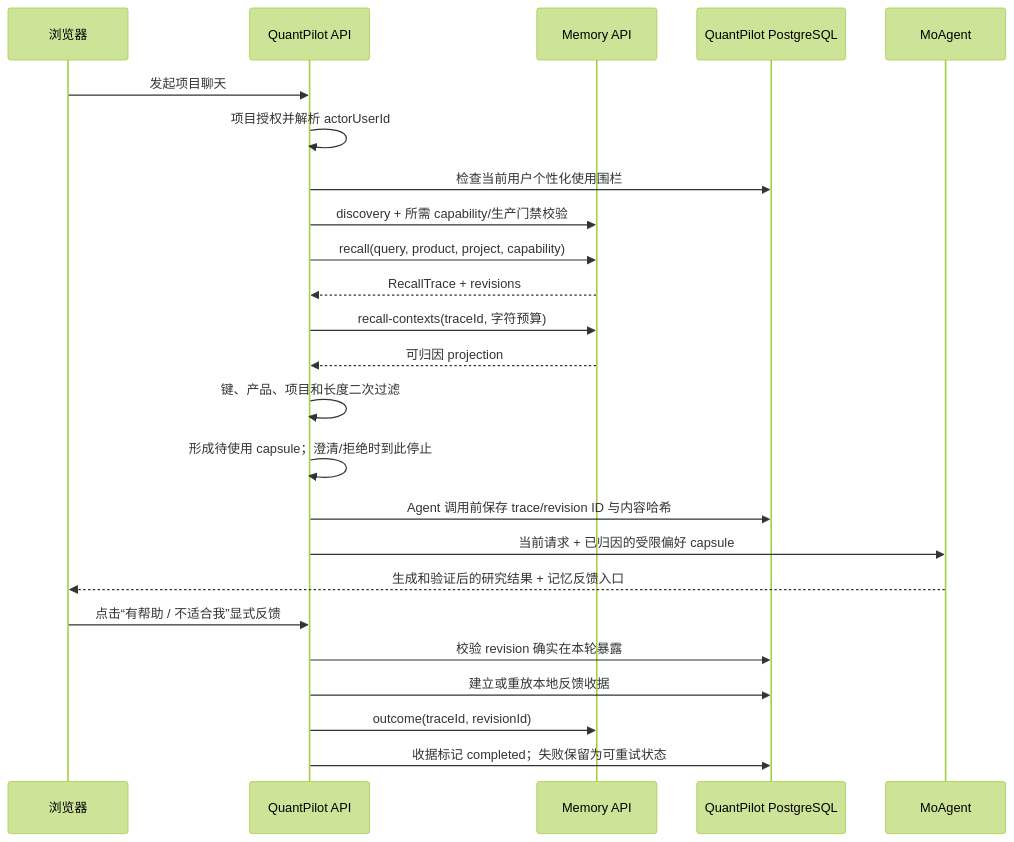
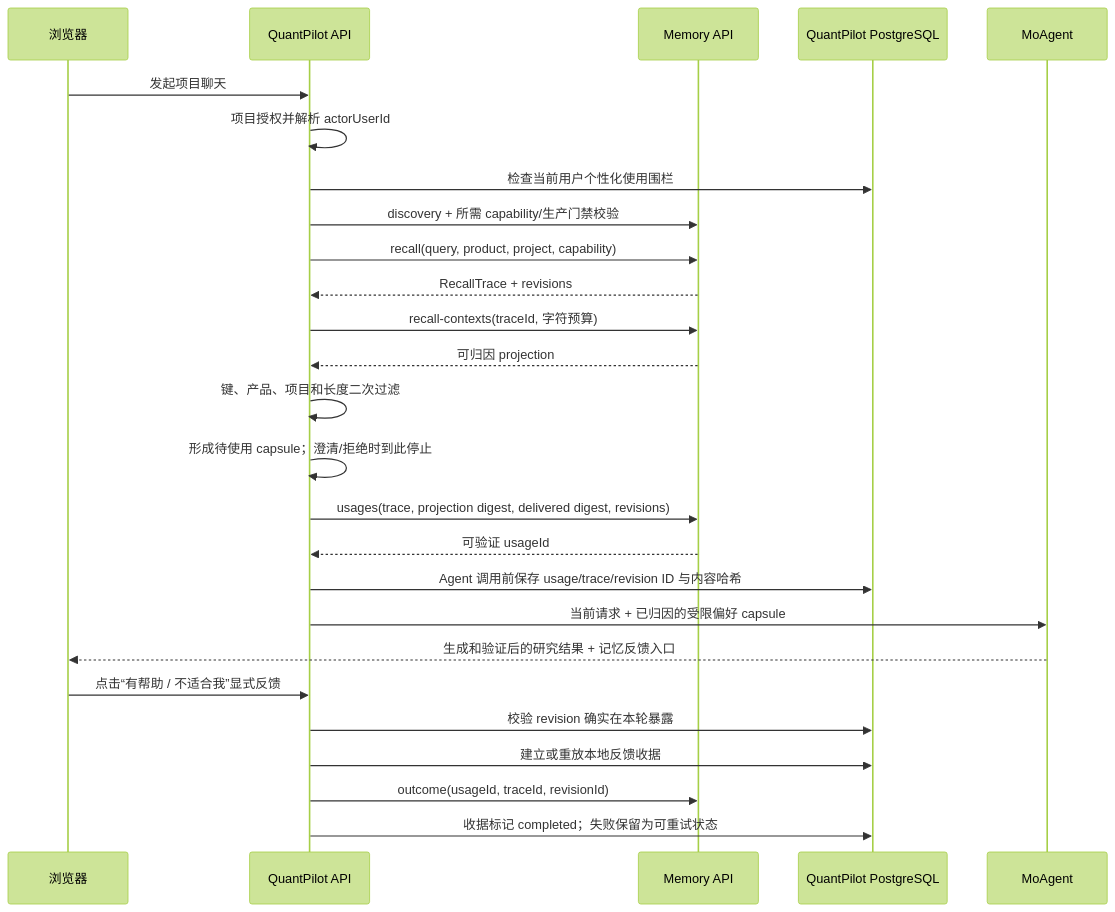
One commit to xbzz1018/SignalForge changed the diagram in docs/user-memory-integration.md. Above: the diagram before and after it, drawn with Mermaid (forest theme). The commit also changed other lines of this file and 16 other files, not shown here.

````diff
--- a/docs/user-memory-integration.md
+++ b/docs/user-memory-integration.md
@@ -93,27 +93,29 @@
 ```mermaid
 sequenceDiagram
   participant B as 浏览器
   participant Q as QuantPilot API
   participant M as Memory API
   participant P as QuantPilot PostgreSQL
   participant A as MoAgent
 
   B->>Q: 发起项目聊天
   Q->>Q: 项目授权并解析 actorUserId
   Q->>P: 检查当前用户个性化使用围栏
   Q->>M: discovery + 所需 capability/生产门禁校验
   Q->>M: recall(query, product, project, capability)
   M-->>Q: RecallTrace + revisions
   Q->>M: recall-contexts(traceId, 字符预算)
   M-->>Q: 可归因 projection
   Q->>Q: 键、产品、项目和长度二次过滤
   Q->>Q: 形成待使用 capsule；澄清/拒绝时到此停止
-  Q->>P: Agent 调用前保存 trace/revision ID 与内容哈希
+  Q->>M: usages(trace, projection digest, delivered digest, revisions)
+  M-->>Q: 可验证 usageId
+  Q->>P: Agent 调用前保存 usage/trace/revision ID 与内容哈希
   Q->>A: 当前请求 + 已归因的受限偏好 capsule
   A-->>B: 生成和验证后的研究结果 + 记忆反馈入口
   B->>Q: 点击“有帮助 / 不适合我”显式反馈
   Q->>P: 校验 revision 确实在本轮暴露
   Q->>P: 建立或重放本地反馈收据
-  Q->>M: outcome(traceId, revisionId)
+  Q->>M: outcome(usageId, traceId, revisionId)
   Q->>P: 收据标记 completed；失败保留为可重试状态
 ```
````
